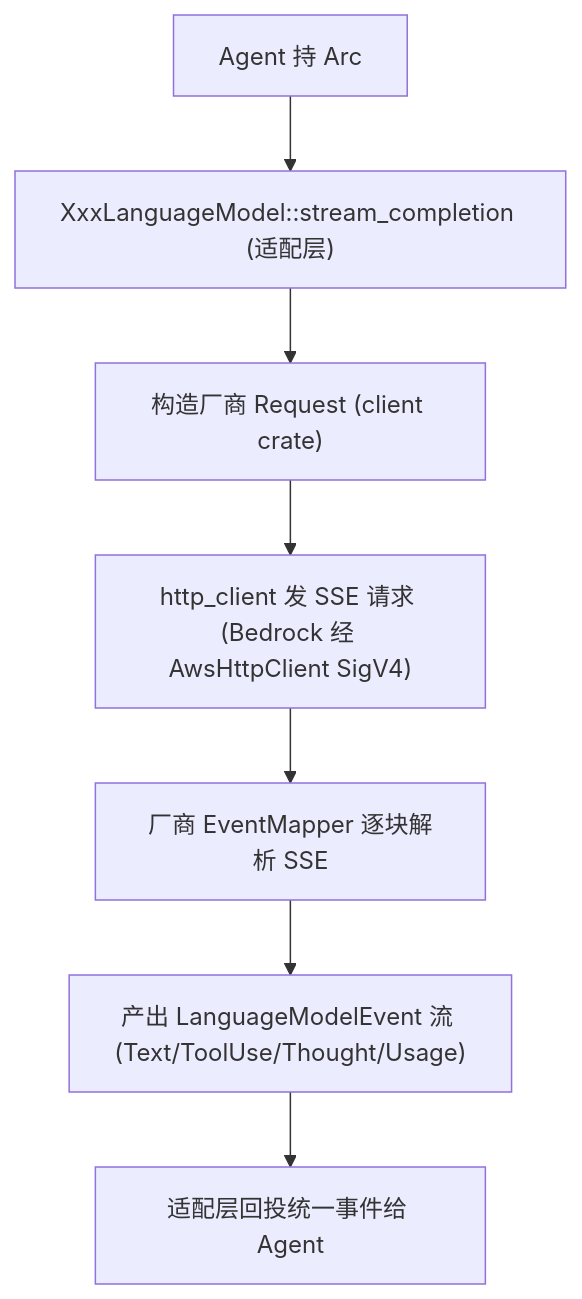
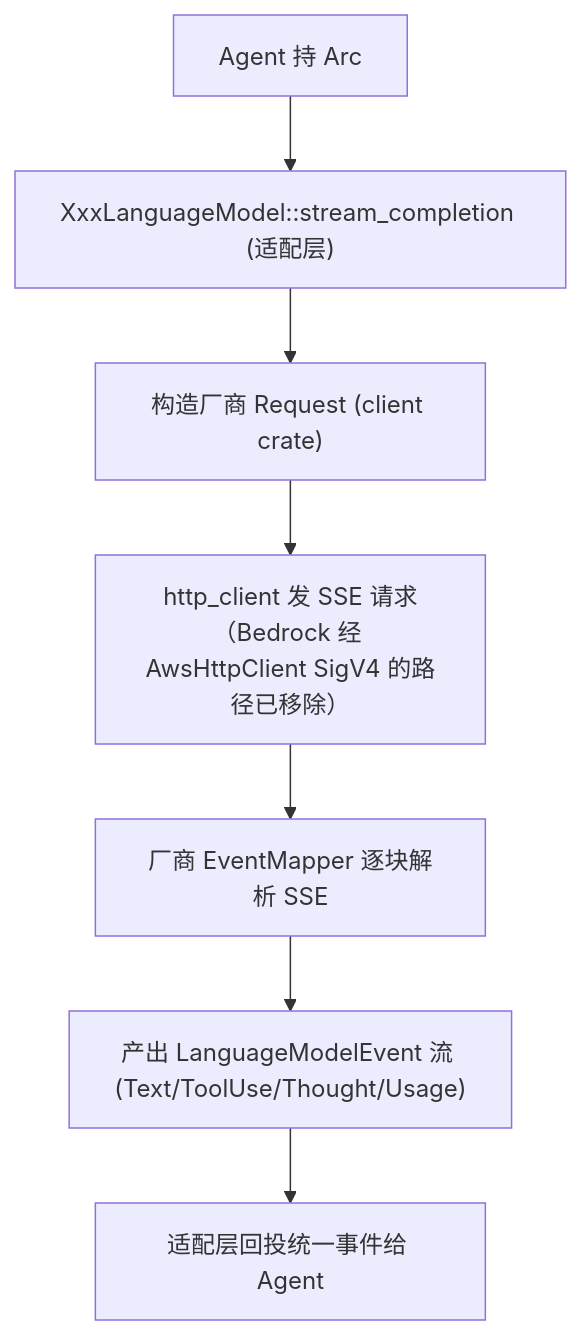
Before and after one commit to rzhangjing/zed: the second of 2 diagrams in wiki/Model-Providers-Deep-Dive.md, drawn with Mermaid. The commit also changed other lines of this file and 38 other files, not shown here.

First line of the commit message:
移除 aws_http_client

````diff
--- a/wiki/Model-Providers-Deep-Dive.md
+++ b/wiki/Model-Providers-Deep-Dive.md
@@ -99,9 +99,9 @@
 ```mermaid
 graph TB
     A["Agent 持 Arc<dyn LanguageModel>"] --> B["XxxLanguageModel::stream_completion (适配层)"]
     B --> C["构造厂商 Request (client crate)"]
-    C --> D["http_client 发 SSE 请求 (Bedrock 经 AwsHttpClient SigV4)"]
+    C --> D["http_client 发 SSE 请求（Bedrock 经 AwsHttpClient SigV4 的路径已移除）"]
     D --> E["厂商 EventMapper 逐块解析 SSE"]
     E --> F["产出 LanguageModelEvent 流 (Text/ToolUse/Thought/Usage)"]
     F --> G["适配层回投统一事件给 Agent"]
 ```
````
